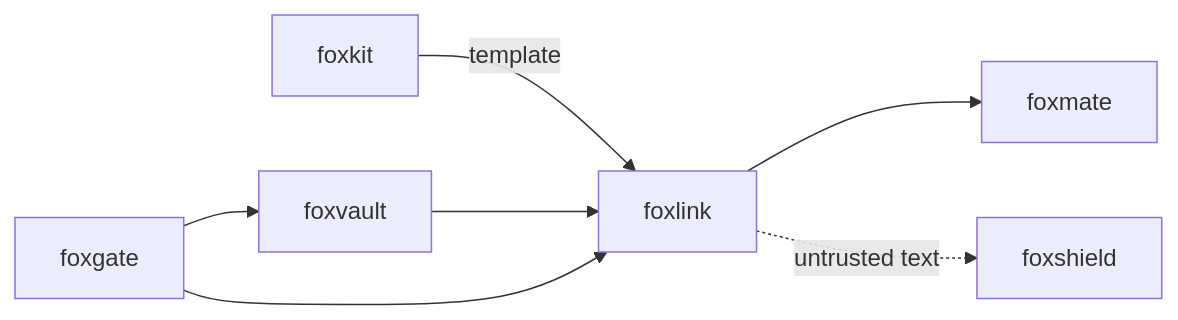
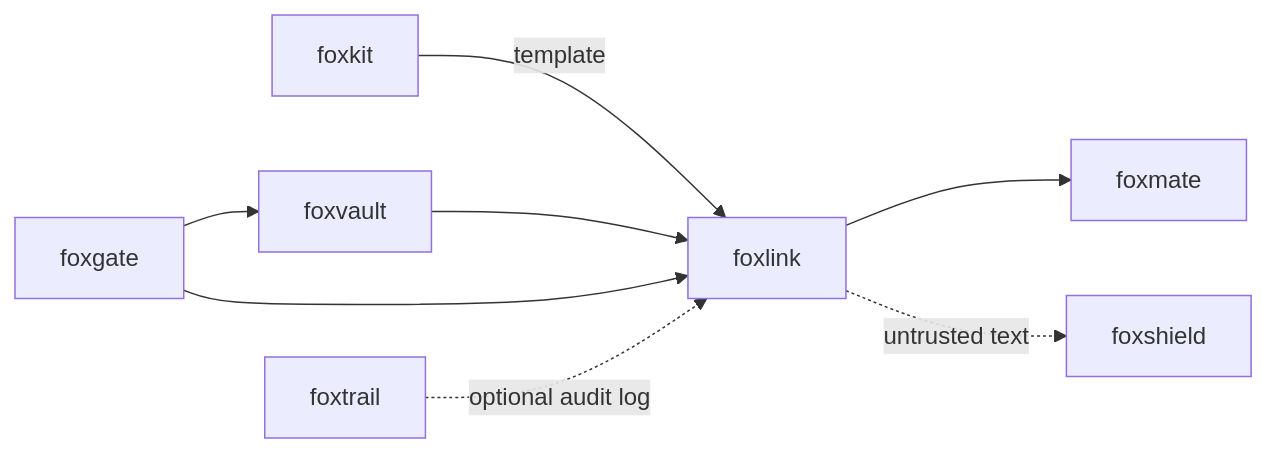
Before and after one commit to pooriaarab/foxlink: the third of 3 diagrams in README.md, drawn with Mermaid. The commit also changed other lines of this file and 17 other files, not shown here.

````diff
--- a/README.md
+++ b/README.md
@@ -323,15 +348,17 @@
 ```mermaid
 flowchart LR
   foxkit[foxkit] -- template --> foxlink[foxlink]
   foxvault[foxvault] --> foxlink
   foxgate[foxgate] --> foxlink
   foxgate --> foxvault
+  foxtrail[foxtrail] -. optional audit log .-> foxlink
   foxlink --> foxmate[foxmate]
   foxlink -. untrusted text .-> foxshield[foxshield]
   click foxkit "https://github.com/pooriaarab/foxkit"
   click foxvault "https://github.com/pooriaarab/foxvault"
   click foxgate "https://github.com/pooriaarab/foxgate"
+  click foxtrail "https://github.com/pooriaarab/foxtrail"
   click foxlink "https://github.com/pooriaarab/foxlink"
   click foxmate "https://github.com/pooriaarab/foxmate"
   click foxshield "https://github.com/pooriaarab/foxshield"
 ```
````
